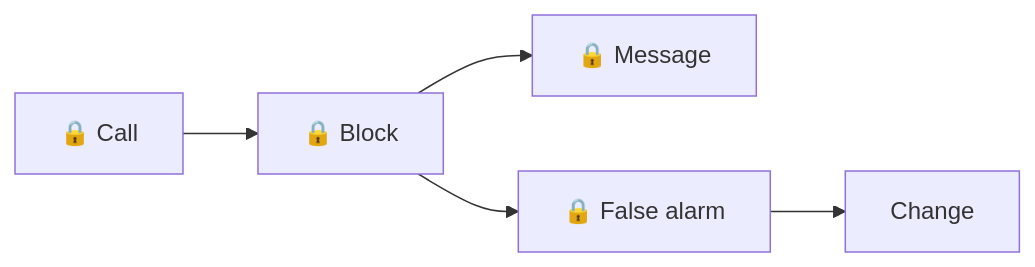
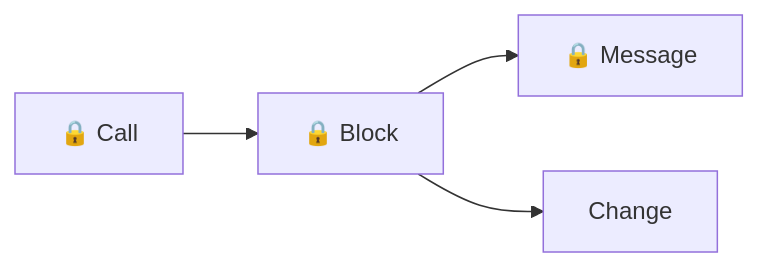
One commit to Colorado-Startups/claudius changed the first of 4 diagrams in maps/README.md. Above: the diagram before and after it, drawn with Mermaid. The commit also changed other lines of this file and 15 other files, not shown here.

First line of the commit message:
Blockers: retire the bash guard replay and its false-alarm metric

````diff
--- a/maps/README.md
+++ b/maps/README.md
@@ -7,5 +7,5 @@
 ```mermaid
 flowchart LR
   call["🔒 Call"] --> block["🔒 Block"] --> message["🔒 Message"]
-  block --> fa["🔒 False alarm"] --> change["Change"]
+  block --> change["Change"]
 ```
````
